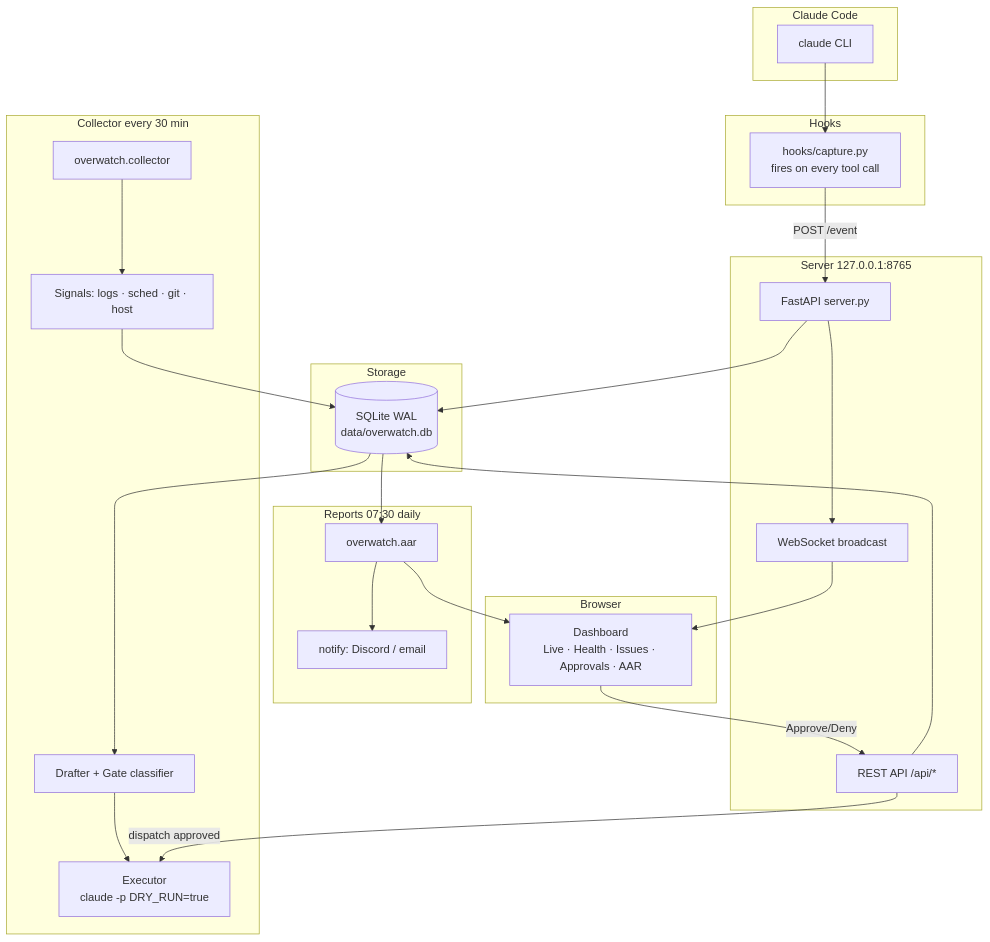
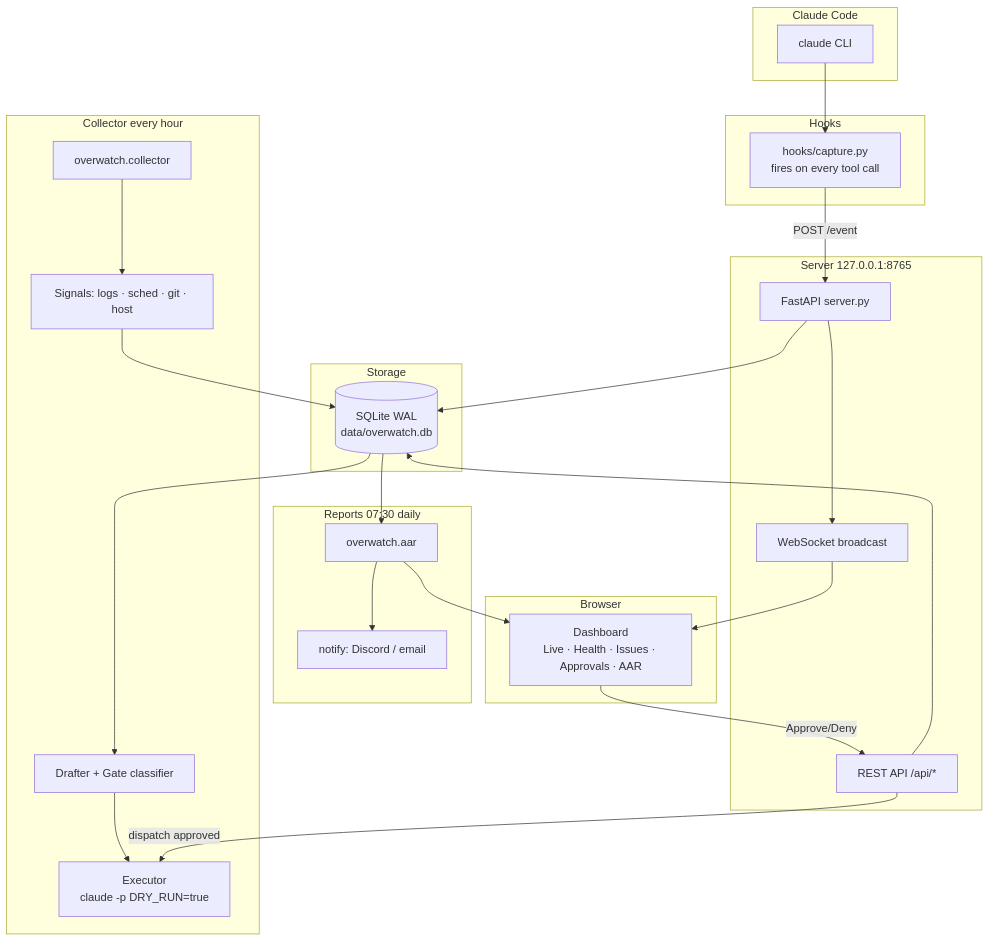
One commit to ajelx64/cmd-overwatch changed the diagram in README.md. Above: the diagram before and after it, drawn with Mermaid. The commit also changed other lines of this file and 2 other files, not shown here.

First line of the commit message:
chore(scheduler): run the collector hourly by default (#21)

````diff
--- a/README.md
+++ b/README.md
@@ -66,42 +66,42 @@
 ```mermaid
 flowchart TD
     subgraph "Claude Code"
         CC[claude CLI]
     end
     subgraph "Hooks"
         H[hooks/capture.py\nfires on every tool call]
     end
     subgraph "Server  127.0.0.1:8765"
         SRV[FastAPI server.py]
         WS[WebSocket broadcast]
         API[REST API /api/*]
     end
     subgraph "Storage"
         DB[(SQLite WAL\ndata/overwatch.db)]
     end
-    subgraph "Collector  every 30 min"
+    subgraph "Collector  every hour"
         COL[overwatch.collector]
         SIG[Signals: logs · sched · git · host]
         DRF[Drafter + Gate classifier]
         EXE[Executor\nclaude -p  DRY_RUN=true]
     end
     subgraph "Reports  07:30 daily"
         AAR[overwatch.aar]
         NOTIF[notify: Discord / email]
     end
     subgraph "Browser"
         UI[Dashboard\nLive · Health · Issues · Approvals · AAR]
     end
 
     CC --> H
     H -->|POST /event| SRV
     SRV --> DB
     SRV --> WS --> UI
     API --> DB
     UI -->|Approve/Deny| API
     COL --> SIG --> DB
     DB --> DRF --> EXE
     API -->|dispatch approved| EXE
     DB --> AAR --> NOTIF
     AAR --> UI
 ```
````
